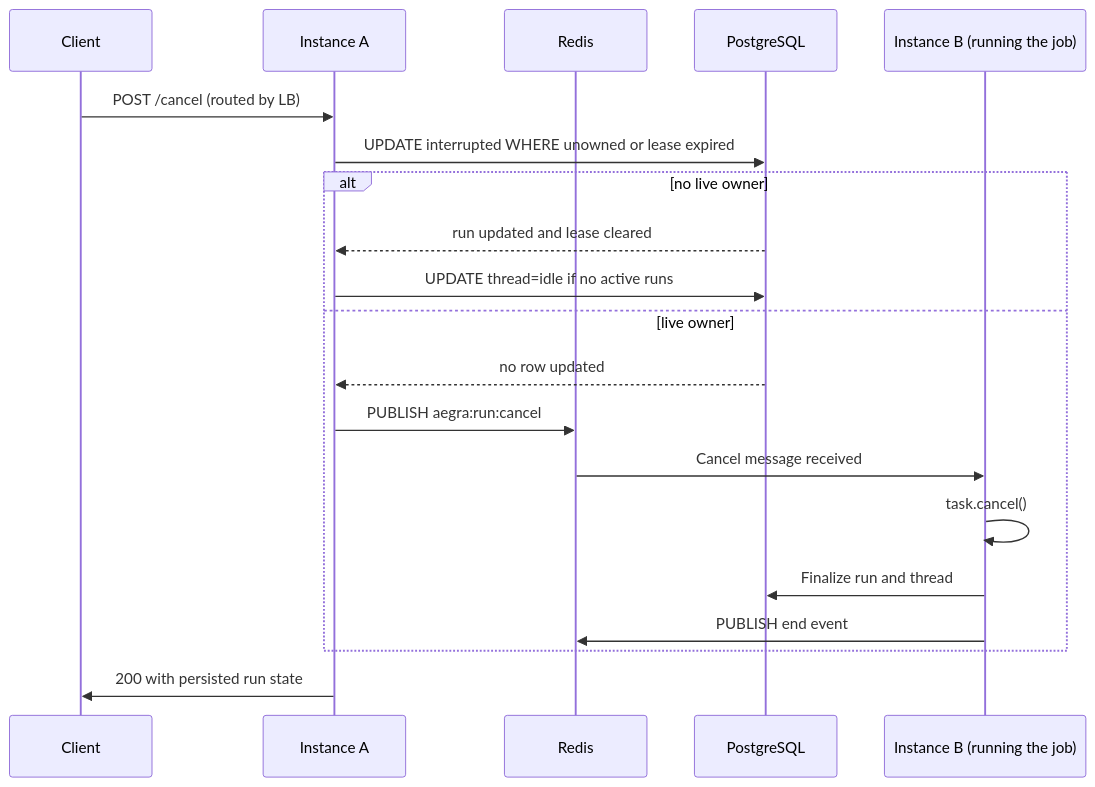
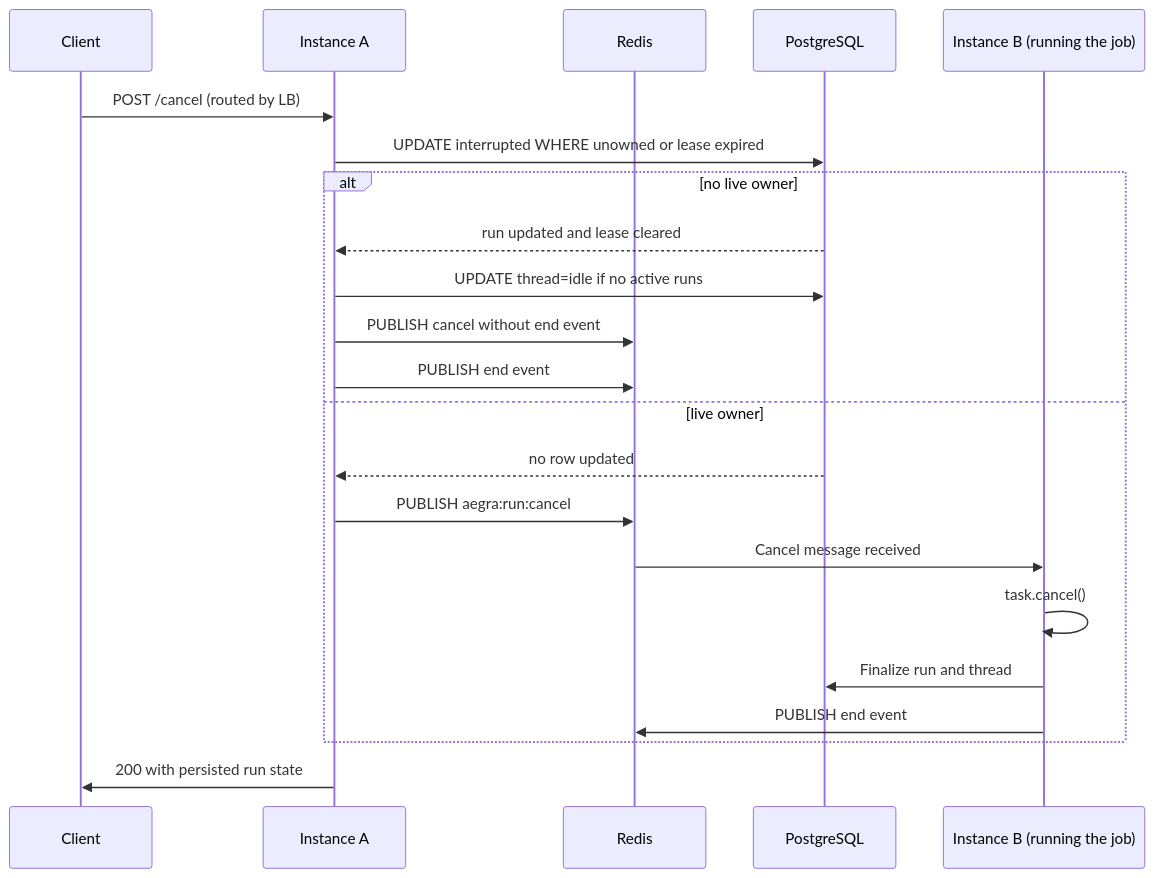
Before and after one commit to aegra/aegra: the sixth of 6 diagrams in docs/guides/worker-architecture.mdx, drawn with Mermaid. The commit also changed other lines of this file and 20 other files, not shown here.

````diff
--- a/docs/guides/worker-architecture.mdx
+++ b/docs/guides/worker-architecture.mdx
@@ -237,23 +240,25 @@
 ```mermaid
 sequenceDiagram
     participant C as Client
     participant A as Instance A
     participant R as Redis
     participant PG as PostgreSQL
     participant B as Instance B (running the job)
 
     C->>A: POST /cancel (routed by LB)
     A->>PG: UPDATE interrupted WHERE unowned or lease expired
     alt no live owner
         PG-->>A: run updated and lease cleared
         A->>PG: UPDATE thread=idle if no active runs
+        A->>R: PUBLISH cancel without end event
+        A->>R: PUBLISH end event
     else live owner
         PG-->>A: no row updated
         A->>R: PUBLISH aegra:run:cancel
         R->>B: Cancel message received
         B->>B: task.cancel()
         B->>PG: Finalize run and thread
         B->>R: PUBLISH end event
     end
     A->>C: 200 with persisted run state
 ```
````
